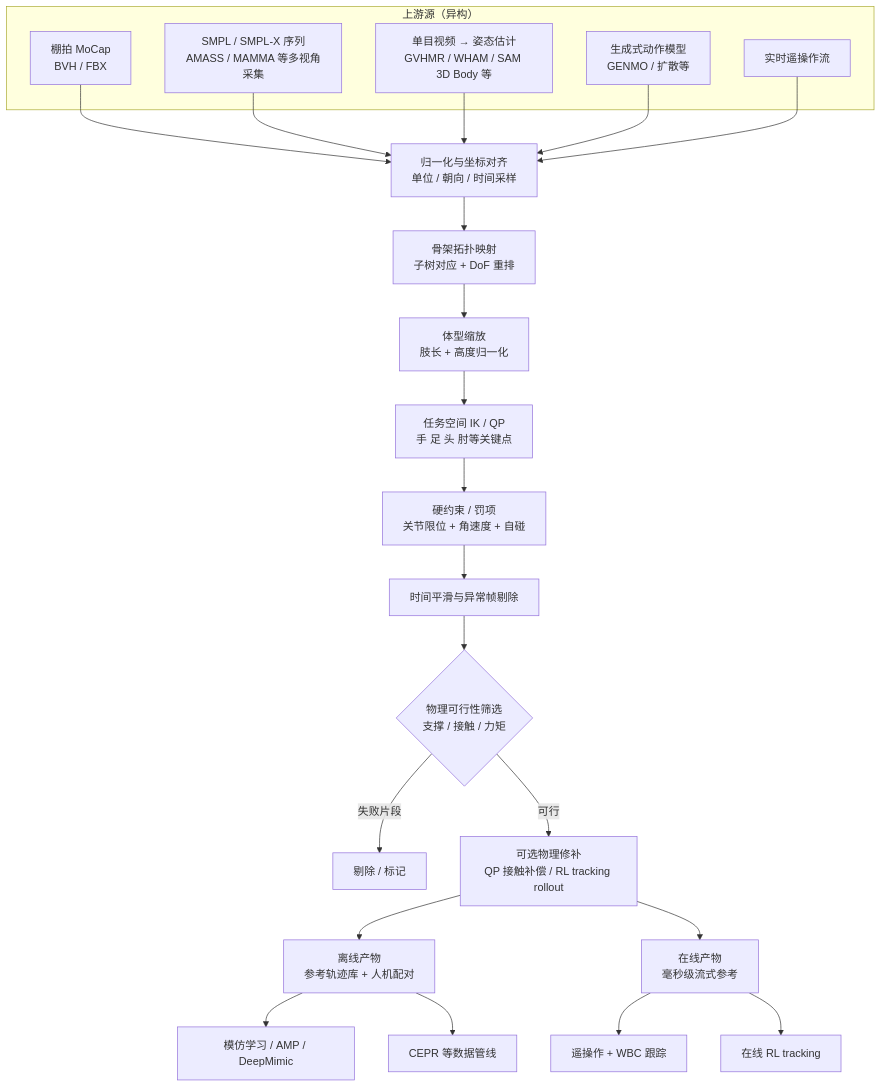
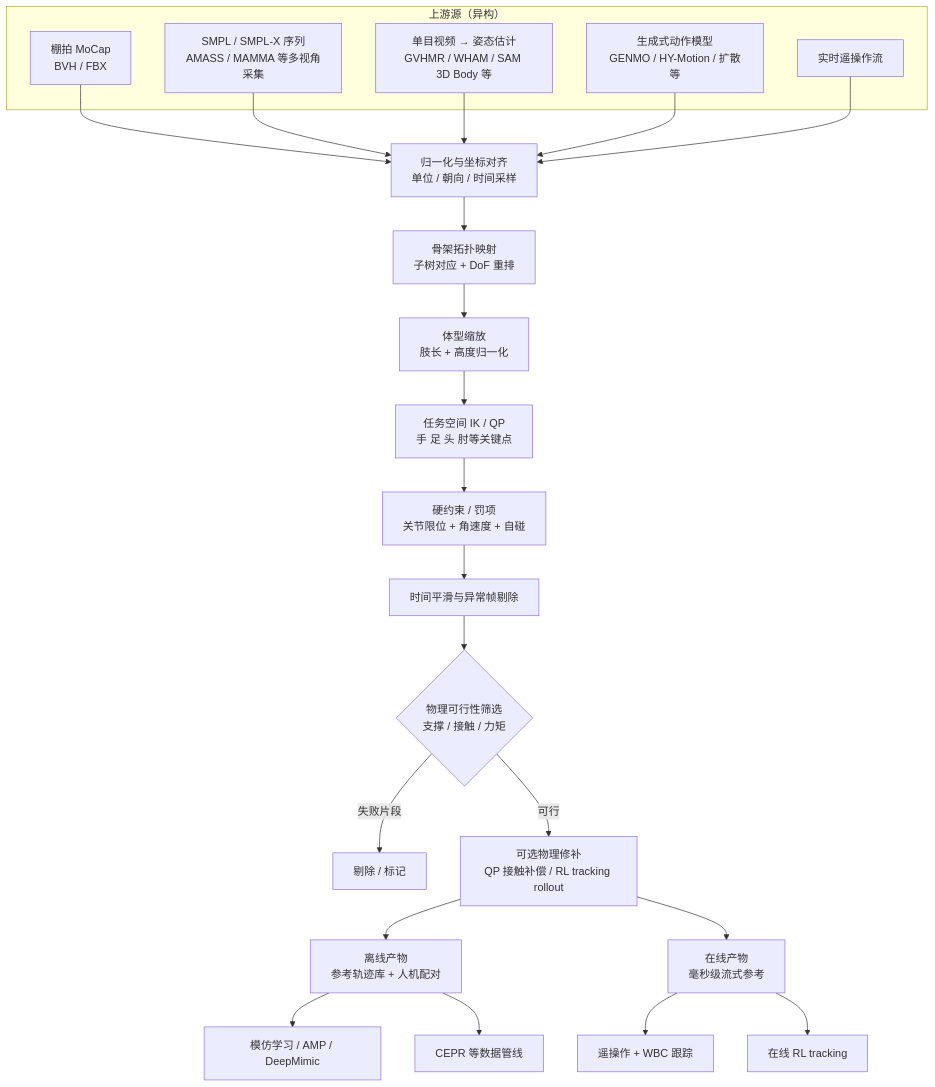
Before and after one commit to ImChong/Robotics_Notebooks: the diagram in wiki/concepts/motion-retargeting-pipeline.md, drawn with Mermaid. The commit also changed other lines of this file and 13 other files, not shown here.

````diff
--- a/wiki/concepts/motion-retargeting-pipeline.md
+++ b/wiki/concepts/motion-retargeting-pipeline.md
@@ -63,34 +64,34 @@
 ```mermaid
 flowchart TD
   subgraph src["上游源（异构）"]
     A1[棚拍 MoCap<br/>BVH / FBX]
     A2[SMPL / SMPL-X 序列<br/>AMASS / MAMMA 等多视角采集]
     A3[单目视频 → 姿态估计<br/>GVHMR / WHAM / SAM 3D Body 等]
-    A4[生成式动作模型<br/>GENMO / 扩散等]
+    A4[生成式动作模型<br/>GENMO / HY-Motion / 扩散等]
     A5[实时遥操作流]
   end
 
   A1 --> N[归一化与坐标对齐<br/>单位 / 朝向 / 时间采样]
   A2 --> N
   A3 --> N
   A4 --> N
   A5 --> N
 
   N --> T[骨架拓扑映射<br/>子树对应 + DoF 重排]
   T --> S[体型缩放<br/>肢长 + 高度归一化]
   S --> IK[任务空间 IK / QP<br/>手 足 头 肘等关键点]
   IK --> C[硬约束 / 罚项<br/>关节限位 + 角速度 + 自碰]
   C --> Smooth[时间平滑与异常帧剔除]
 
   Smooth --> Phys{物理可行性筛选<br/>支撑 / 接触 / 力矩}
   Phys -->|失败片段| Drop[剔除 / 标记]
   Phys -->|可行| Refine[可选物理修补<br/>QP 接触补偿 / RL tracking rollout]
 
   Refine --> Out1[离线产物<br/>参考轨迹库 + 人机配对]
   Refine --> Out2[在线产物<br/>毫秒级流式参考]
 
   Out1 --> D1[模仿学习 / AMP / DeepMimic]
   Out1 --> D2[CEPR 等数据管线]
   Out2 --> D3[遥操作 + WBC 跟踪]
   Out2 --> D4[在线 RL tracking]
 ```
````
